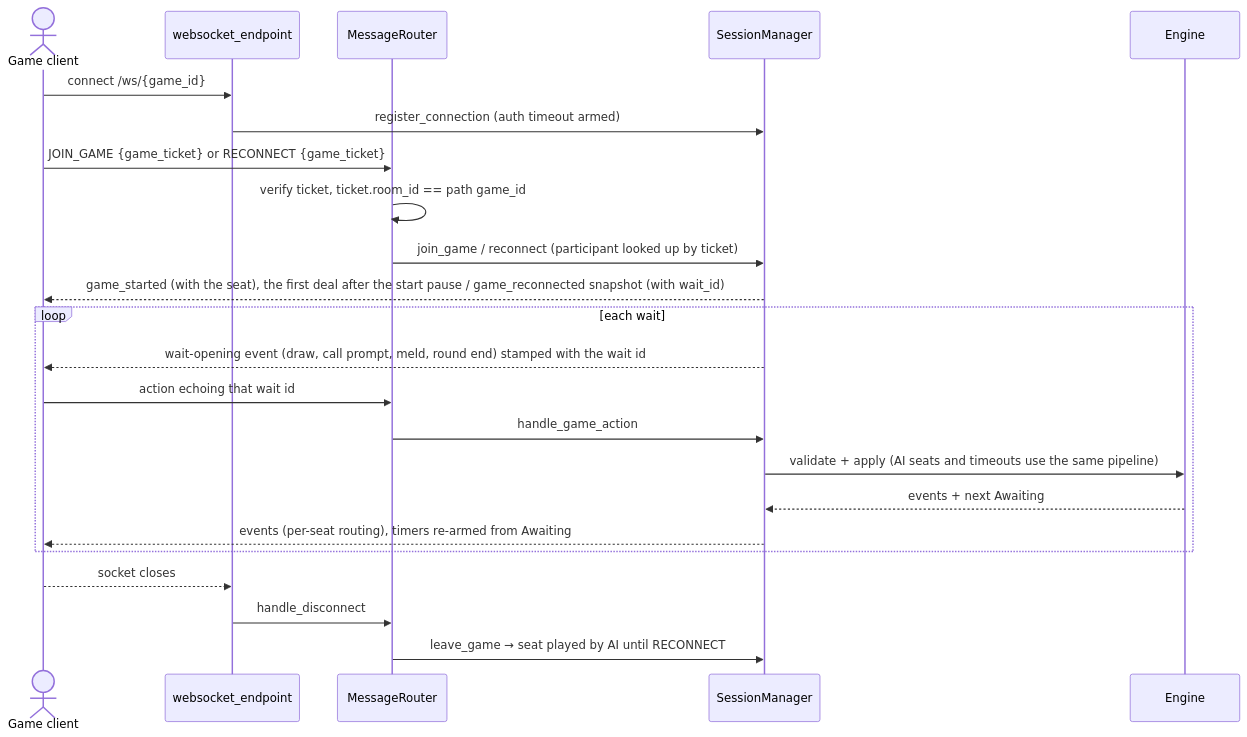
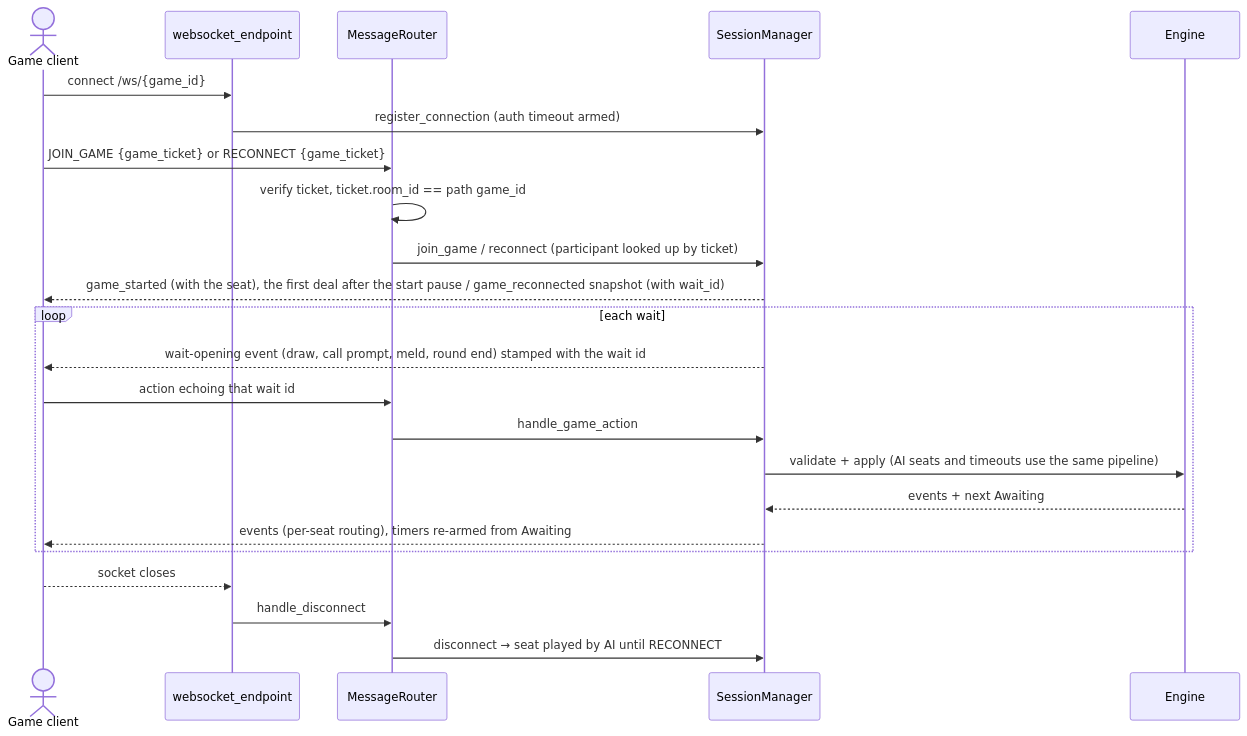
The eighth of 8 diagrams in docs/architecture.md (MahjongRepository/ronin), drawn with Mermaid before and after one commit. The commit also changed 17 other files, not shown here.

First line of the commit message:
chore: route every game socket disconnect through one path

````diff
--- a/docs/architecture.md
+++ b/docs/architecture.md
@@ -270,26 +270,26 @@
 ```mermaid
 sequenceDiagram
     actor P as Game client
     participant WS as websocket_endpoint
     participant R as MessageRouter
     participant SM as SessionManager
     participant E as Engine
 
     P->>WS: connect /ws/{game_id}
     WS->>SM: register_connection (auth timeout armed)
     P->>R: JOIN_GAME {game_ticket}  or  RECONNECT {game_ticket}
     R->>R: verify ticket, ticket.room_id == path game_id
     R->>SM: join_game / reconnect (participant looked up by ticket)
     SM-->>P: game_started (with the seat), the first deal after the start pause / game_reconnected snapshot (with wait_id)
     loop each wait
         SM-->>P: wait-opening event (draw, call prompt, meld, round end) stamped with the wait id
         P->>R: action echoing that wait id
         R->>SM: handle_game_action
         SM->>E: validate + apply (AI seats and timeouts use the same pipeline)
         E-->>SM: events + next Awaiting
         SM-->>P: events (per-seat routing), timers re-armed from Awaiting
     end
     P-->>WS: socket closes
     WS->>R: handle_disconnect
-    R->>SM: leave_game → seat played by AI until RECONNECT
+    R->>SM: disconnect → seat played by AI until RECONNECT
 ```
````
